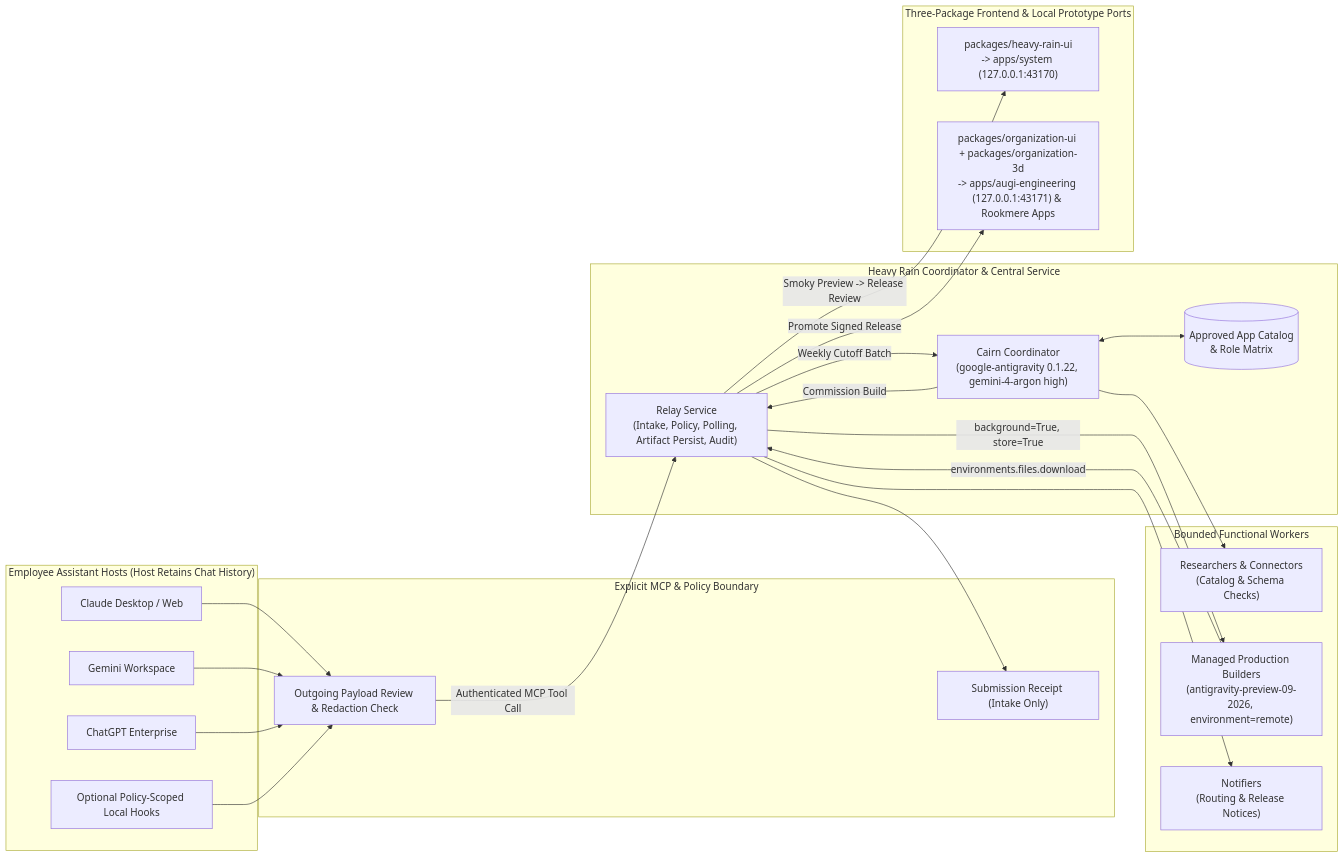
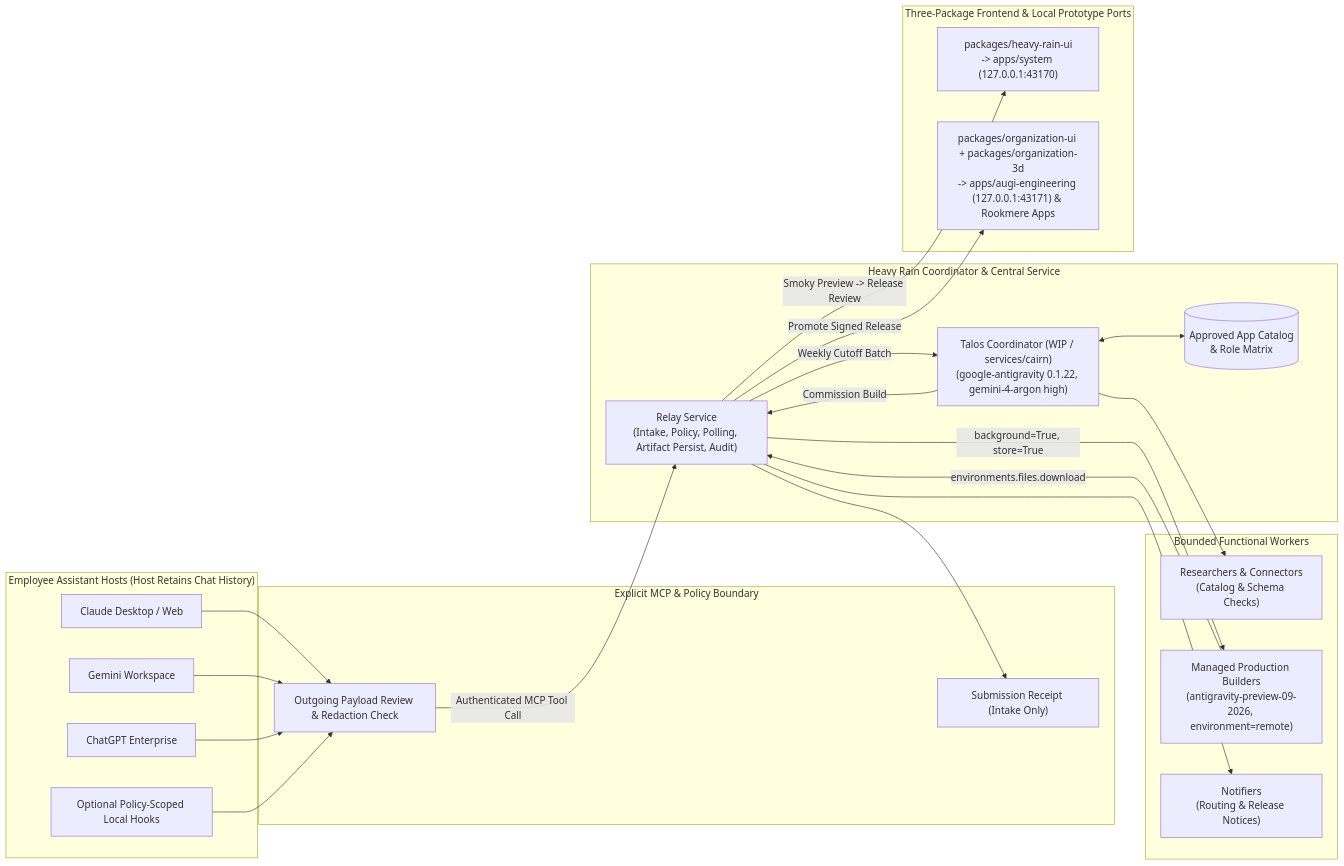
Before and after one commit to dominicphillips/argon-hackathon-heavy-rain: the diagram in __grounding/architecture.md, drawn with Mermaid. The commit also changed other lines of this file and 29 other files, not shown here.

Commit message:
Add Talos design docs and selectable Flash/Argon live build modes

````diff
--- a/__grounding/architecture.md
+++ b/__grounding/architecture.md
@@ -10,47 +14,47 @@
 ```mermaid
 flowchart LR
   subgraph Assistants["Employee Assistant Hosts (Host Retains Chat History)"]
     Claude["Claude Desktop / Web"]
     Gemini["Gemini Workspace"]
     ChatGPT["ChatGPT Enterprise"]
     Hooks["Optional Policy-Scoped Local Hooks"]
   end
 
   subgraph Intake["Explicit MCP & Policy Boundary"]
     Preview["Outgoing Payload Review & Redaction Check"]
     Receipt["Submission Receipt (Intake Only)"]
   end
 
   subgraph Core["Heavy Rain Coordinator & Central Service"]
     Relay["Relay Service\n(Intake, Policy, Polling, Artifact Persist, Audit)"]
-    Cairn["Cairn Coordinator\n(google-antigravity 0.1.22, gemini-4-argon high)"]
+    Cairn["Talos Coordinator (WIP / services/cairn)\n(google-antigravity 0.1.22, gemini-4-argon high)"]
     Catalog[("Approved App Catalog\n& Role Matrix")]
   end
 
   subgraph Workers["Bounded Functional Workers"]
     Researcher["Researchers & Connectors\n(Catalog & Schema Checks)"]
     Builder["Managed Production Builders\n(antigravity-preview-09-2026, environment=remote)"]
     Notifier["Notifiers\n(Routing & Release Notices)"]
   end
 
   subgraph Surfaces["Three-Package Frontend & Local Prototype Ports"]
     SysUI["packages/heavy-rain-ui\n-> apps/system (127.0.0.1:43170)"]
     OrgUI["packages/organization-ui + packages/organization-3d\n-> apps/augi-engineering (127.0.0.1:43171) & Rookmere Apps"]
   end
 
   Claude --> Preview
   Gemini --> Preview
   ChatGPT --> Preview
   Hooks --> Preview
   Preview -->|"Authenticated MCP Tool Call"| Relay
   Relay --> Receipt
   Relay -->|"Weekly Cutoff Batch"| Cairn
   Cairn <--> Catalog
   Cairn --> Researcher
   Cairn -->|"Commission Build"| Relay
   Relay -->|"background=True, store=True"| Builder
   Builder -->|"environments.files.download"| Relay
   Relay -->|"Smoky Preview -> Release Review"| SysUI
   Relay -->|"Promote Signed Release"| OrgUI
   Relay --> Notifier
 ```
````
